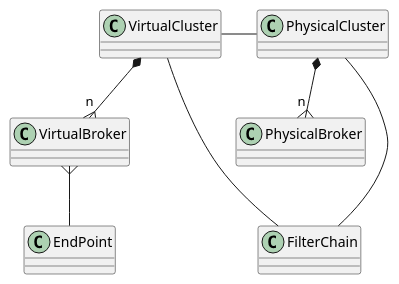
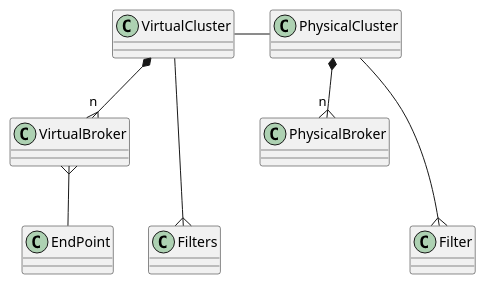
One commit to kroxylicious/design changed the diagram in proposals/001/UML/uml.puml. Above: the diagram before and after it, drawn with PlantUML.

Commit message:
Update uml.puml
FilterChain -> FIlter

```diff
--- a/proposals/001/UML/uml.puml
+++ b/proposals/001/UML/uml.puml
@@ -1,11 +1,11 @@
 @startuml
 
 VirtualCluster - PhysicalCluster
 
 VirtualCluster *--{ "n" VirtualBroker
 PhysicalCluster *--{ "n" PhysicalBroker
 
 VirtualBroker }-- EndPoint
-VirtualCluster --- FilterChain
-PhysicalCluster --- FilterChain
+VirtualCluster ---{ Filters
+PhysicalCluster ---{ Filter
 @enduml
```
